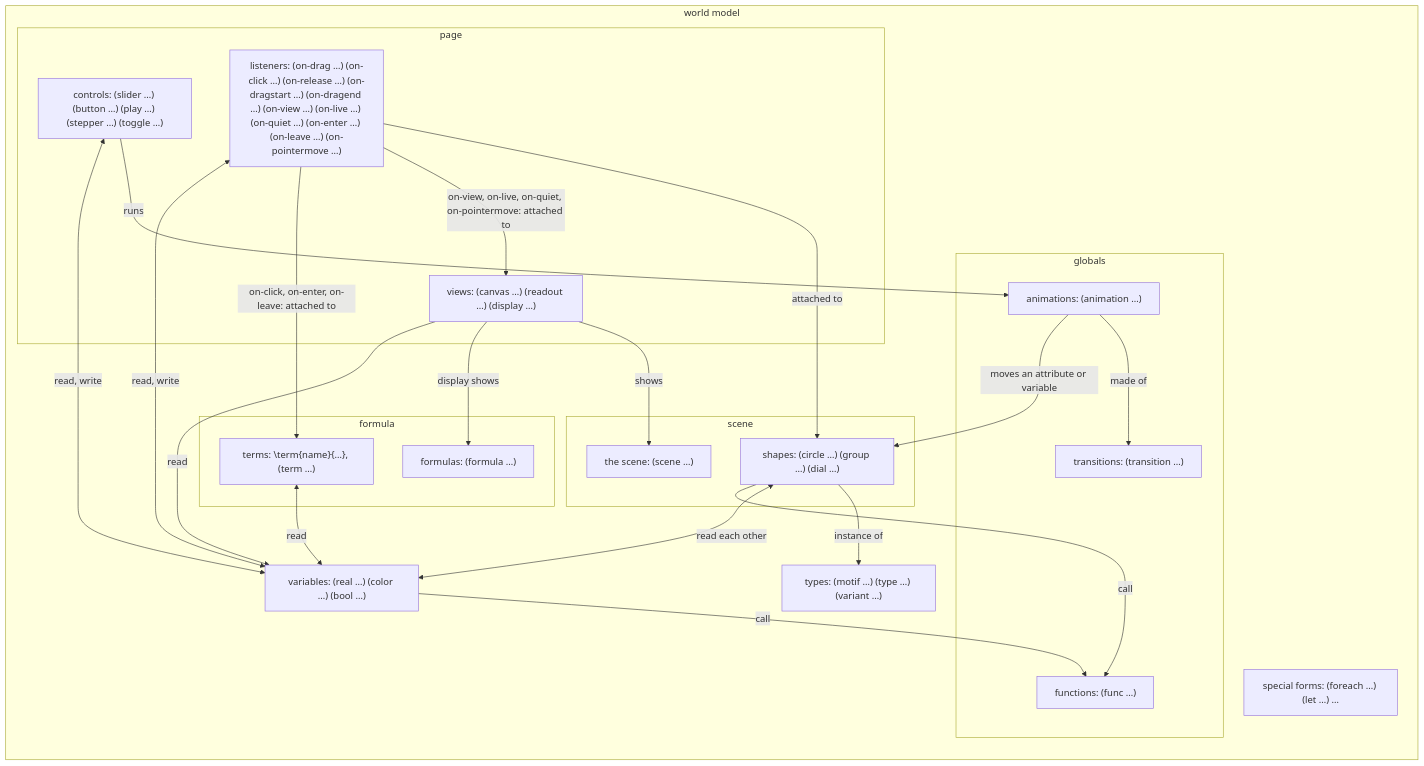
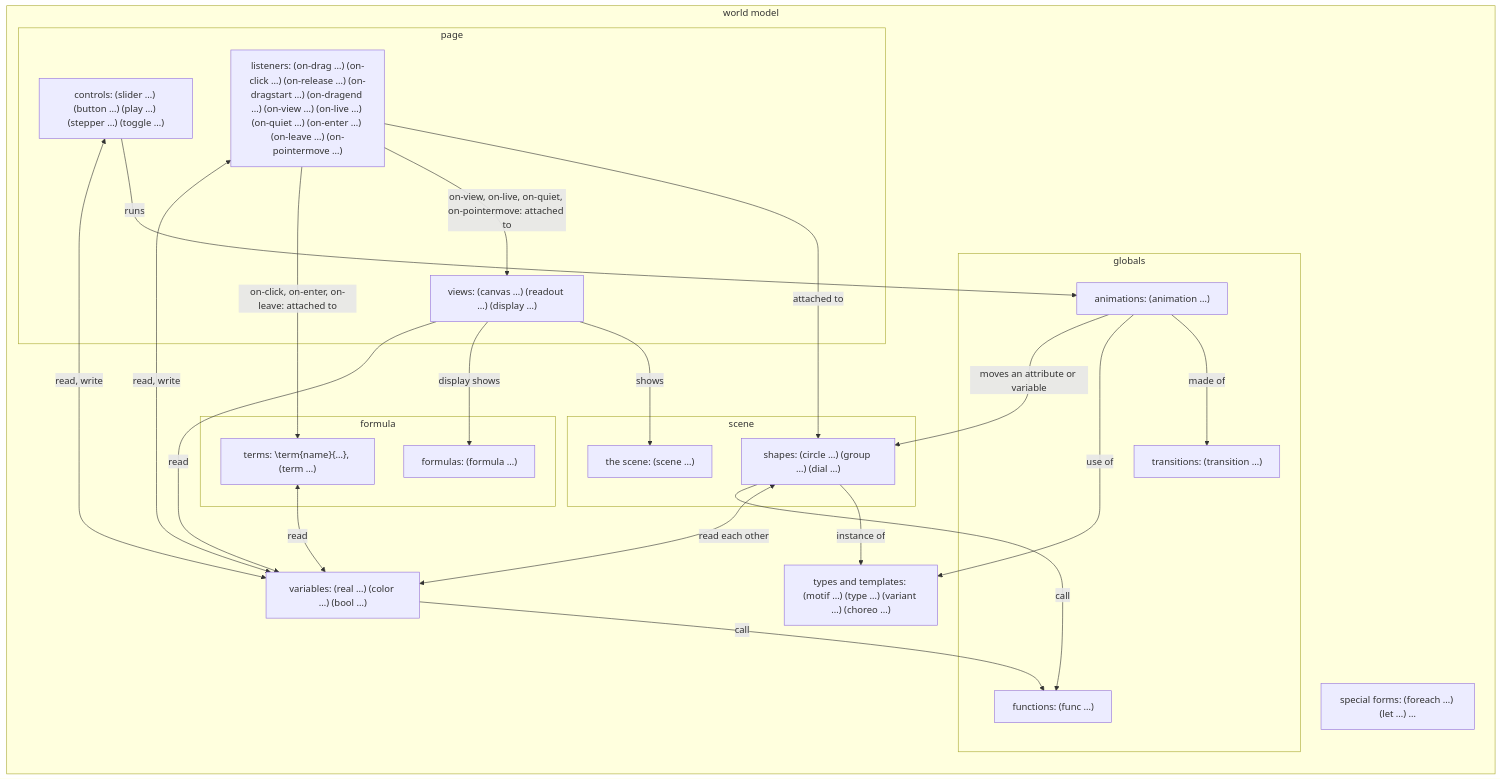
One commit to aris-pub/mathterpiece changed the second of 3 diagrams in docs/data-model.md. Above: the diagram before and after it, drawn with Mermaid. The commit also changed other lines of this file and 13 other files, not shown here.

First line of the commit message:
Choreo: a template of animations, replacing the motif of animations (mtp-h972)

````diff
--- a/docs/data-model.md
+++ b/docs/data-model.md
@@ -98,40 +98,41 @@
 ```mermaid
 flowchart LR
   subgraph wm [world model]
-    types["types: (motif …) (type …) (variant …)"]
+    types["types and templates: (motif …) (type …) (variant …) (choreo …)"]
     special["special forms: (foreach …) (let …) …"]
     subgraph scene
       sc["the scene: (scene …)"]
       shapes["shapes: (circle …) (group …) (dial …)"]
     end
     subgraph formula
       fm["formulas: (formula …)"]
       terms["terms: \term{name}{…}, (term …)"]
     end
     vars["variables: (real …) (color …) (bool …)"]
     subgraph globals
       funcs["functions: (func …)"]
       trans["transitions: (transition …)"]
       anims["animations: (animation …)"]
     end
     subgraph page
       views["views: (canvas …) (readout …) (display …)"]
       listeners["listeners: (on-drag …) (on-click …) (on-release …) (on-dragstart …) (on-dragend …) (on-view …) (on-live …) (on-quiet …) (on-enter …) (on-leave …) (on-pointermove …)"]
       controls["controls: (slider …) (button …) (play …) (stepper …) (toggle …)"]
     end
   end
   shapes -->|instance of| types
   shapes <-->|read each other| vars
   vars & shapes -->|call| funcs
   anims -->|made of| trans
+  anims -->|use of| types
   anims -->|moves an attribute or variable| shapes
   controls -->|runs| anims
   listeners -->|attached to| shapes
   listeners -->|on-view, on-live, on-quiet, on-pointermove: attached to| views
   views -->|shows| sc
   views -->|display shows| fm
   listeners -->|on-click, on-enter, on-leave: attached to| terms
   terms <-->|read| vars
   views -->|read| vars
   listeners & controls <-->|read, write| vars
 ```
````
